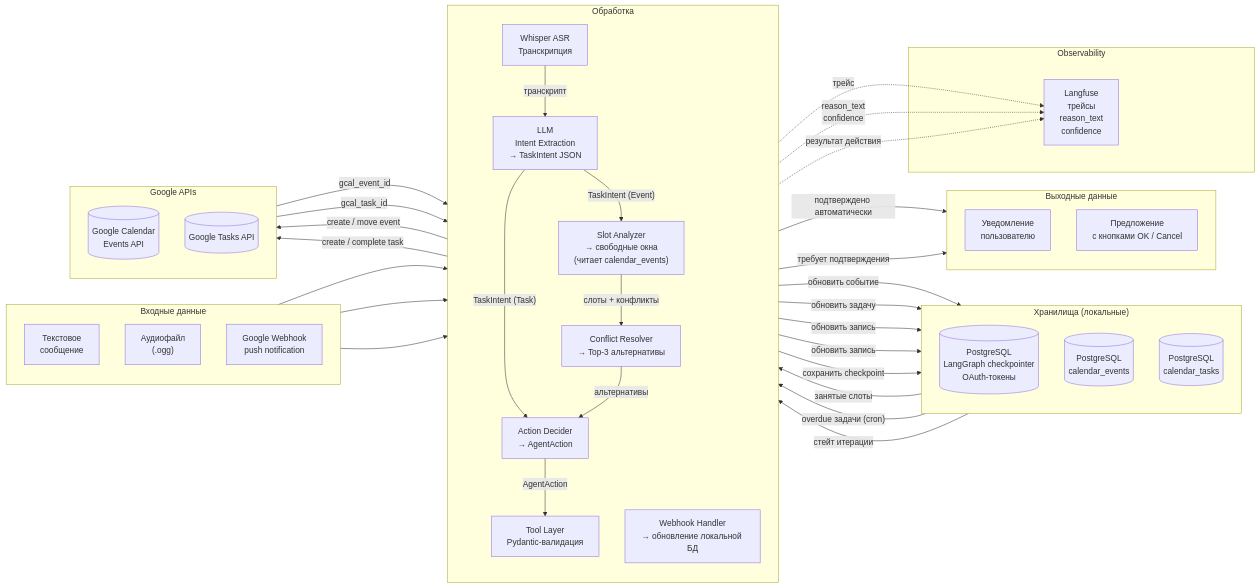
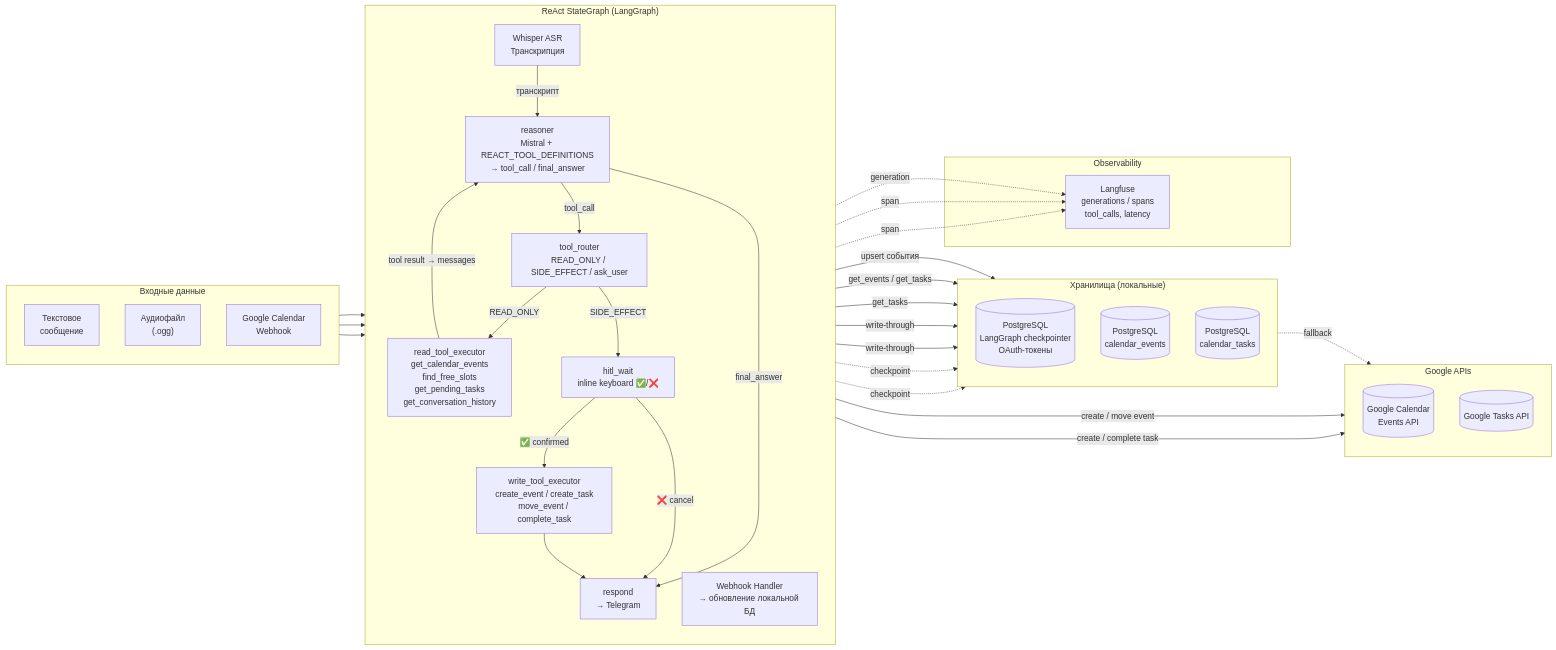
The diagram in docs/diagrams/05-data-flow.md (s2021sss/Chronos-Agent), drawn with Mermaid before and after one commit. The commit also changed other lines of this file and 13 other files, not shown here.

````diff
--- a/docs/diagrams/05-data-flow.md
+++ b/docs/diagrams/05-data-flow.md
@@ -30,79 +21,70 @@
 ```mermaid
 flowchart LR
     subgraph IN ["Входные данные"]
         direction TB
         TEXT["Текстовое<br/>сообщение"]
         AUDIO["Аудиофайл<br/>(.ogg)"]
-        WEBHOOK_IN["Google Webhook<br/>push notification"]
+        WEBHOOK_IN["Google Calendar<br/>Webhook"]
     end
 
-    subgraph PROC ["Обработка"]
+    subgraph PROC ["ReAct StateGraph (LangGraph)"]
         direction TB
         ASR["Whisper ASR<br/>Транскрипция"]
-        EXTRACT["LLM<br/>Intent Extraction<br/>→ TaskIntent JSON"]
-        SLOTS["Slot Analyzer<br/>→ свободные окна<br/>(читает calendar_events)"]
-        RESOLVE["Conflict Resolver<br/>→ Top-3 альтернативы"]
-        DECIDE["Action Decider<br/>→ AgentAction"]
-        EXEC["Tool Layer<br/>Pydantic-валидация"]
+        REASON["reasoner<br/>Mistral + REACT_TOOL_DEFINITIONS<br/>→ tool_call / final_answer"]
+        ROUTER["tool_router<br/>READ_ONLY / SIDE_EFFECT / ask_user"]
+        READ_EX["read_tool_executor<br/>get_calendar_events<br/>find_free_slots<br/>get_pending_tasks<br/>get_conversation_history"]
+        HITL["hitl_wait<br/>inline keyboard ✅/❌"]
+        WRITE_EX["write_tool_executor<br/>create_event / create_task<br/>move_event / complete_task"]
+        RESPOND["respond<br/>→ Telegram"]
         WHHANDLER["Webhook Handler<br/>→ обновление локальной БД"]
     end
 
     subgraph STORE ["Хранилища (локальные)"]
         direction TB
         PG_STATE[("PostgreSQL<br/>LangGraph checkpointer<br/>OAuth-токены")]
         PG_EV[("PostgreSQL<br/>calendar_events")]
         PG_TASK[("PostgreSQL<br/>calendar_tasks")]
     end
 
     subgraph GOOGLE ["Google APIs"]
         direction TB
         GCAL_EV[("Google Calendar<br/>Events API")]
         GCAL_TASK[("Google Tasks API")]
     end
 
     subgraph OBS ["Observability"]
-        LF["Langfuse<br/>трейсы<br/>reason_text<br/>confidence"]
+        LF["Langfuse<br/>generations / spans<br/>tool_calls, latency"]
     end
 
-    subgraph OUT ["Выходные данные"]
-        direction TB
-        NOTIF["Уведомление<br/>пользователю"]
-        SUGGEST["Предложение<br/>с кнопками OK / Cancel"]
-    end
-
-    TEXT --> EXTRACT
+    TEXT --> REASON
     AUDIO --> ASR
-    ASR -- "транскрипт" --> EXTRACT
+    ASR -- "транскрипт" --> REASON
 
     WEBHOOK_IN --> WHHANDLER
-    WHHANDLER -- "обновить событие" --> PG_EV
-    WHHANDLER -- "обновить задачу" --> PG_TASK
+    WHHANDLER -- "upsert события" --> PG_EV
 
-    EXTRACT -- "TaskIntent (Event)" --> SLOTS
-    EXTRACT -- "TaskIntent (Task)" --> DECIDE
-    PG_EV -- "занятые слоты" --> SLOTS
-    SLOTS -- "слоты + конфликты" --> RESOLVE
-    RESOLVE -- "альтернативы" --> DECIDE
+    REASON -- "tool_call" --> ROUTER
+    REASON -- "final_answer" --> RESPOND
+    ROUTER -- "READ_ONLY" --> READ_EX
+    READ_EX -- "tool result → messages" --> REASON
+    ROUTER -- "SIDE_EFFECT" --> HITL
+    HITL -- "✅ confirmed" --> WRITE_EX
+    HITL -- "❌ cancel" --> RESPOND
+    WRITE_EX --> RESPOND
 
-    PG_TASK -- "overdue задачи (cron)" --> DECIDE
-    PG_STATE -- "стейт итерации" --> EXTRACT
+    READ_EX -- "get_events / get_tasks" --> PG_EV
+    READ_EX -- "get_tasks" --> PG_TASK
+    PG_EV -. "fallback" .-> GCAL_EV
 
-    DECIDE -- "AgentAction" --> EXEC
+    WRITE_EX -- "create / move event" --> GCAL_EV
+    WRITE_EX -- "create / complete task" --> GCAL_TASK
+    WRITE_EX -- "write-through" --> PG_EV
+    WRITE_EX -- "write-through" --> PG_TASK
 
-    EXEC -- "create / move event" --> GCAL_EV
-    GCAL_EV -- "gcal_event_id" --> EXEC
-    EXEC -- "обновить запись" --> PG_EV
+    REASON -. "checkpoint" .-> PG_STATE
+    HITL -. "checkpoint" .-> PG_STATE
 
-    EXEC -- "create / complete task" --> GCAL_TASK
-    GCAL_TASK -- "gcal_task_id" --> EXEC
-    EXEC -- "обновить запись" --> PG_TASK
-
-    EXEC -- "сохранить checkpoint" --> PG_STATE
-
-    EXTRACT -. "трейс" .-> LF
-    DECIDE -. "reason_text<br/>confidence" .-> LF
-    EXEC -. "результат действия" .-> LF
-
-    EXEC -- "подтверждено автоматически" --> NOTIF
-    DECIDE -- "требует подтверждения" --> SUGGEST
+    REASON -. "generation" .-> LF
+    READ_EX -. "span" .-> LF
+    WRITE_EX -. "span" .-> LF
 ```
````
